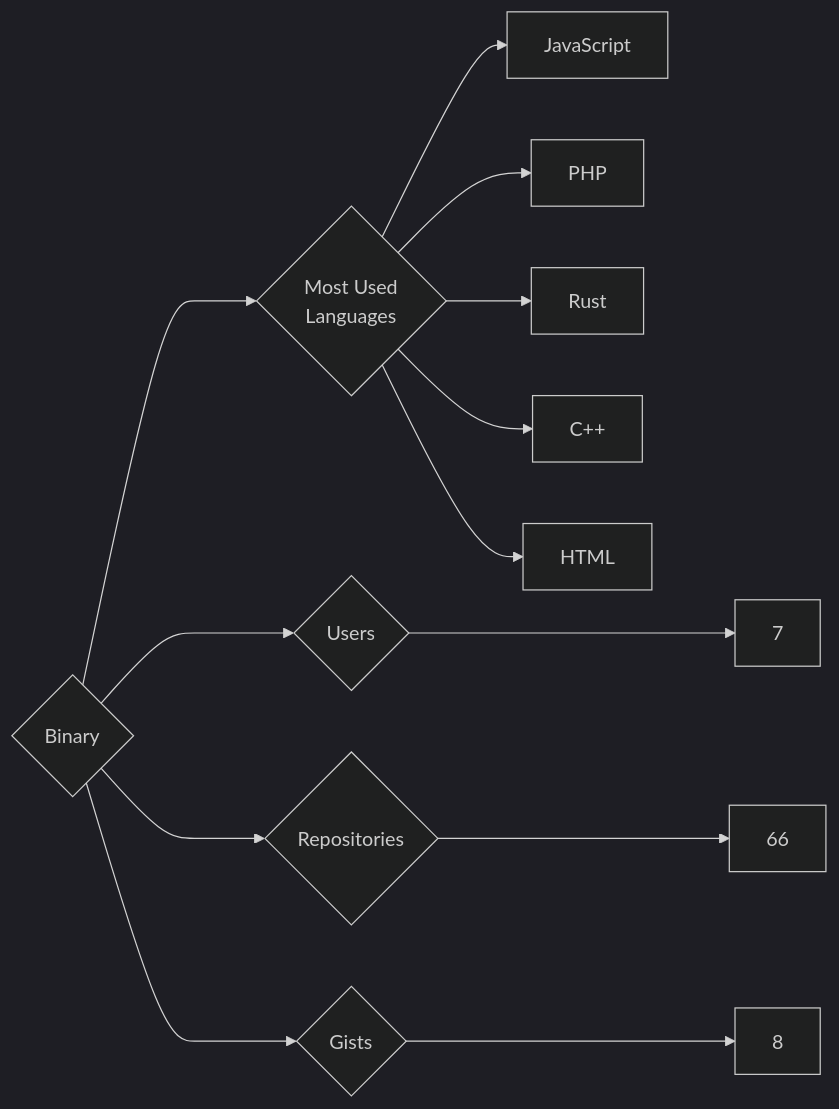
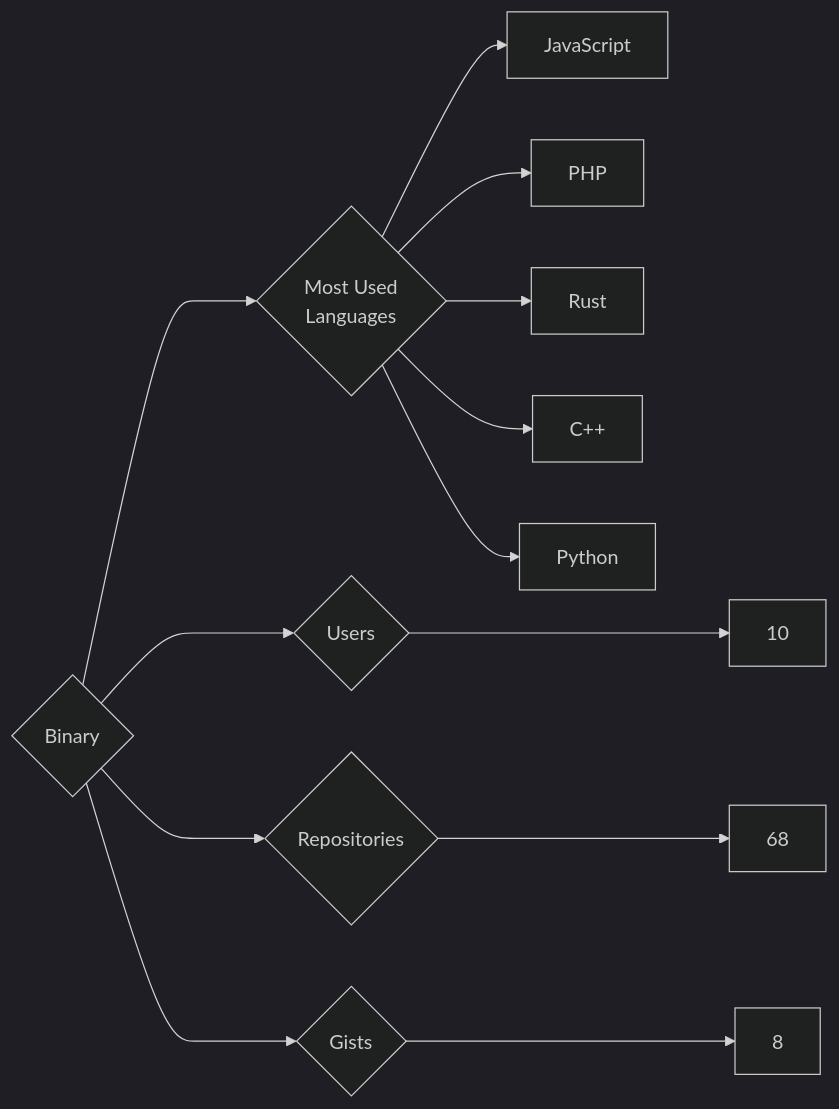
Before and after one commit to trickest/insiders: the diagram in targets/Binary/README.md, drawn with Mermaid (dark theme). The commit also changed 888 other files, not shown here.

````diff
--- a/targets/Binary/README.md
+++ b/targets/Binary/README.md
@@ -3,13 +3,13 @@
 ```mermaid
 graph LR
 COMPANY_NAME{Binary}
-COMPANY_NAME ---> U{Users} ---> UN[7]
-COMPANY_NAME ---> R{Repositories} ---> RN[66]
+COMPANY_NAME ---> U{Users} ---> UN[10]
+COMPANY_NAME ---> R{Repositories} ---> RN[68]
 COMPANY_NAME ---> G{Gists} ---> GN[8]
 COMPANY_NAME ---> ML{Most Used<br>Languages}
 ML --> JavaScript[JavaScript]
 ML --> PHP[PHP]
 ML --> Rust[Rust]
 ML --> C++[C++]
-ML --> HTML[HTML]
+ML --> Python[Python]
 ```
````
